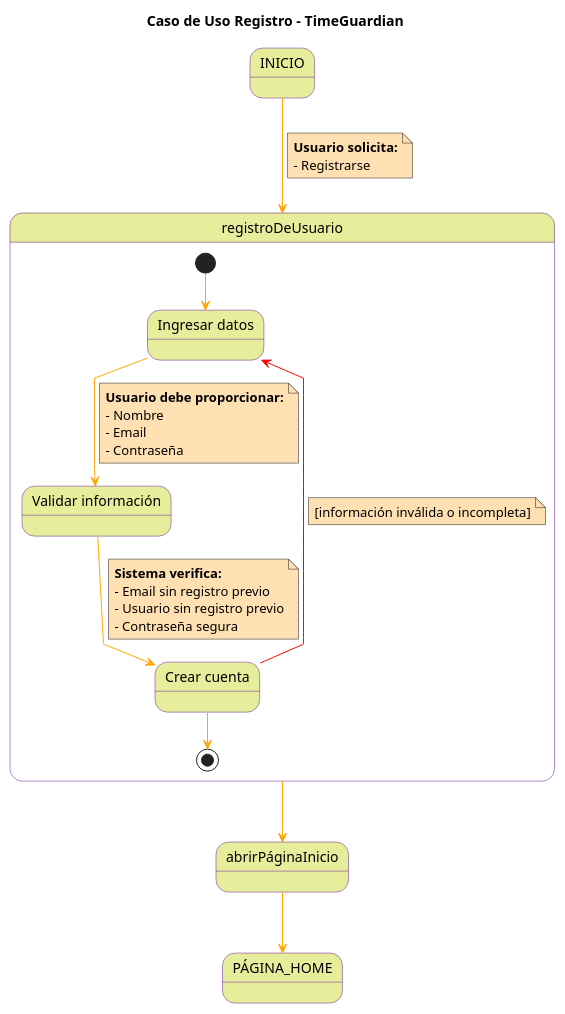
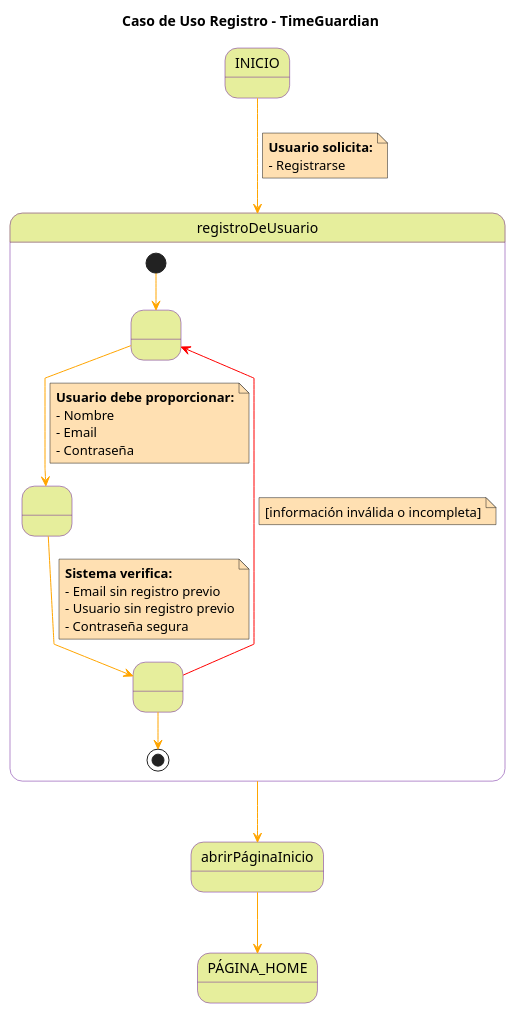
Before and after one commit to FernandoWilliam26/23-24-IdSw1-SDR: the diagram in Casos de Uso/Detalle Registro usuario.puml, drawn with PlantUML. The commit also changed 1 other file, not shown here.

```diff
--- a/Casos de Uso/Detalle Registro usuario.puml
+++ b/Casos de Uso/Detalle Registro usuario.puml
@@ -1,51 +1,51 @@
 @startuml
 skinparam state {
   BackgroundColor #e6ee9c
   BorderColor #6a1b9a
 }
 
 skinparam note {
   BackgroundColor #ffe0b2
 }
 
 skinparam linetype polyline
 
 title Caso de Uso Registro - TimeGuardian
 
 INICIO -[#orange]-> registroDeUsuario
 note on link
   **Usuario solicita:**
   - Registrarse
 end note
 
 state registroDeUsuario{
-  state "Ingresar datos" as A
-  state "Validar información" as B
-  state "Crear cuenta" as C
+  state 1 as " "
+  state 2 as " "
+  state 3 as " "
   
-  [*] -[#orange]-> A
-  A -[#orange]-> B
+  [*] -[#orange]-> 1
+  1 -[#orange]-> 2
   note on link
       **Usuario debe proporcionar:**
       - Nombre
       - Email
       - Contraseña
   end note
-  B -[#orange]-> C
+  2 -[#orange]-> 3
   note on link
     **Sistema verifica:**
     - Email sin registro previo
     - Usuario sin registro previo
     - Contraseña segura
   end note
-  C -[#red]-> A
+  3 -[#red]-> 1
   note on link
     [información inválida o incompleta]
   end note
-  C -[#orange]-> [*]
+  3 -[#orange]-> [*]
 }
 
 registroDeUsuario-[#orange]-> abrirPáginaInicio
 
 abrirPáginaInicio-[#orange]-> PÁGINA_HOME
 @enduml
```
